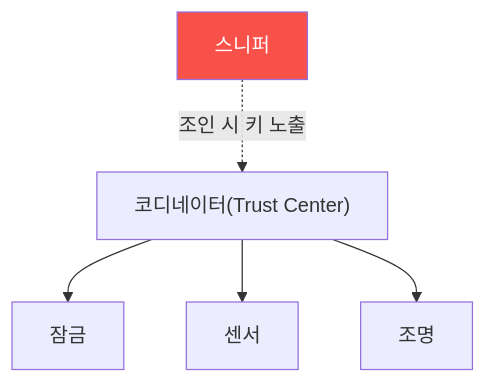
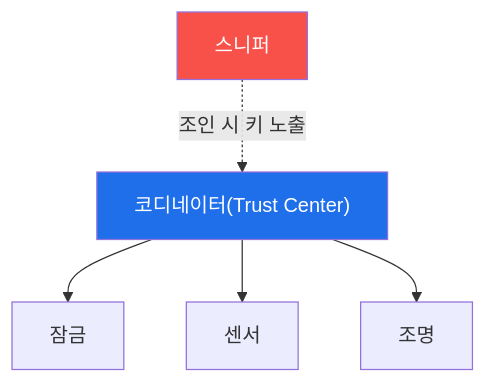
Before and after one commit to mrgrit/tw2: the diagram in contents/training/iot-security/lecture_week06.md, drawn with Mermaid. The commit also changed other lines of this file, not shown here.

````diff
--- a/contents/training/iot-security/lecture_week06.md
+++ b/contents/training/iot-security/lecture_week06.md
@@ -53,8 +54,9 @@
 ```mermaid
 graph TD
     C["코디네이터(Trust Center)"] --> D1["잠금"]
     C --> D2["센서"]
     C --> D3["조명"]
-    ATK["스니퍼"] -.조인 시 키 노출.-> C
+    ATK["스니퍼"] -. "조인 시 키 노출" .-> C
     style ATK fill:#f85149,color:#fff
+    style C fill:#1f6feb,color:#fff
 ```
````
